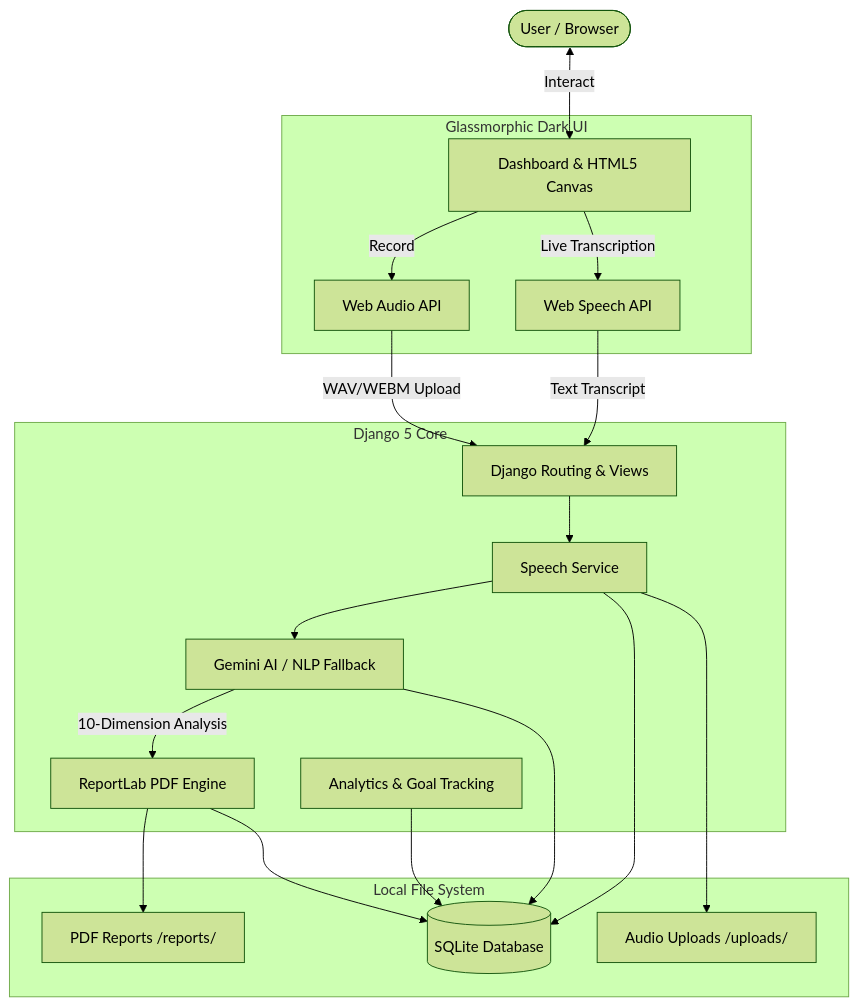
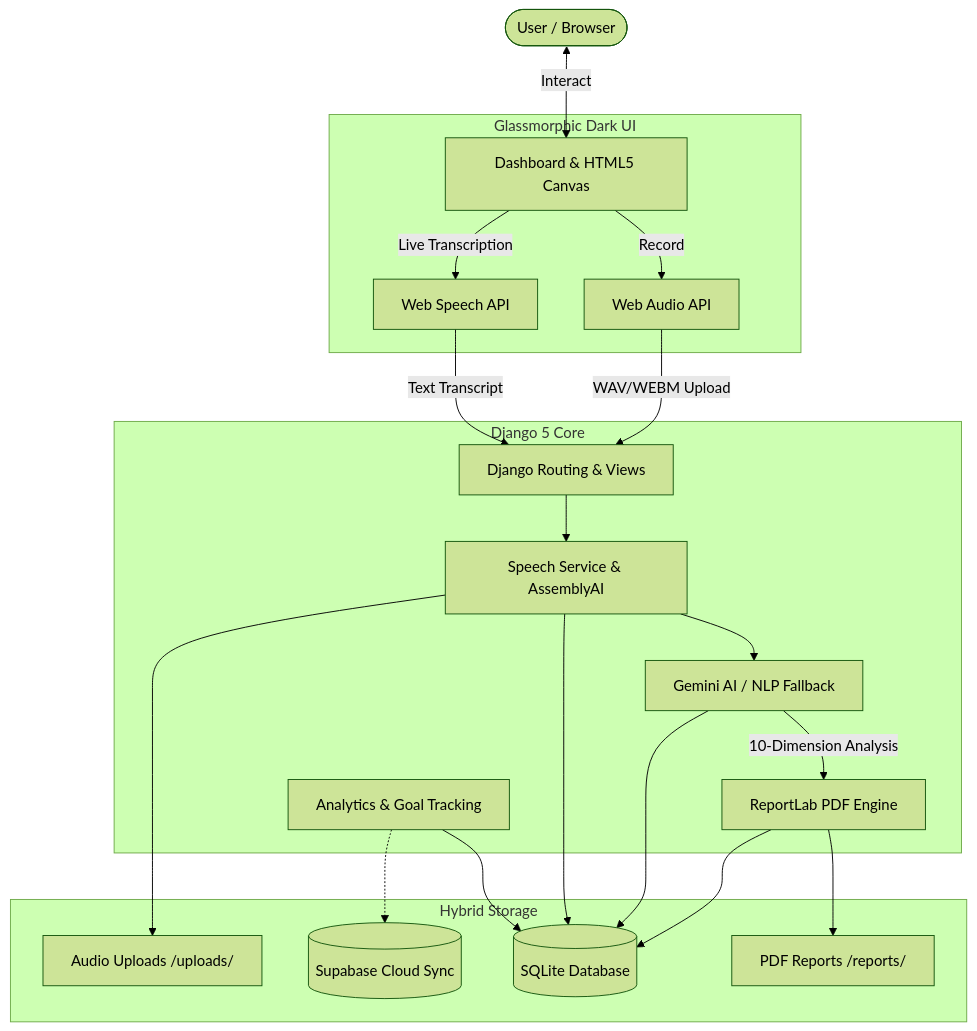
The first of 2 diagrams in README.md (Faheemkanniyan/AI_Public_Speaking_Coach), drawn with Mermaid (forest theme) before and after one commit. The commit also changed other lines of this file and 41 other files, not shown here.

````diff
--- a/README.md
+++ b/README.md
@@ -27,43 +27,45 @@
 ```mermaid
 graph TD
     User([User / Browser])
     
     subgraph Frontend [Glassmorphic Dark UI]
         UI[Dashboard & HTML5 Canvas]
         WebAudio[Web Audio API]
         WebSpeech[Web Speech API]
     end
     
     subgraph Backend [Django 5 Core]
         Django[Django Routing & Views]
-        SpeechSvc[Speech Service]
+        SpeechSvc[Speech Service & AssemblyAI]
         AISvc[Gemini AI / NLP Fallback]
         ReportSvc[ReportLab PDF Engine]
         Analytics[Analytics & Goal Tracking]
     end
     
-    subgraph Storage [Local File System]
+    subgraph Storage [Hybrid Storage]
         DB[(SQLite Database)]
+        Supabase[(Supabase Cloud Sync)]
         Uploads[Audio Uploads /uploads/]
         PDFs[PDF Reports /reports/]
     end
 
     User <--> |Interact| UI
     UI --> |Record| WebAudio
     UI --> |Live Transcription| WebSpeech
     
     WebAudio --> |WAV/WEBM Upload| Django
     WebSpeech --> |Text Transcript| Django
     
     Django --> SpeechSvc
     SpeechSvc --> AISvc
     AISvc --> |10-Dimension Analysis| ReportSvc
     
     SpeechSvc --> DB
     AISvc --> DB
     ReportSvc --> PDFs
     ReportSvc --> DB
     Analytics --> DB
+    Analytics -.-> Supabase
     
     SpeechSvc --> Uploads
 ```
````
